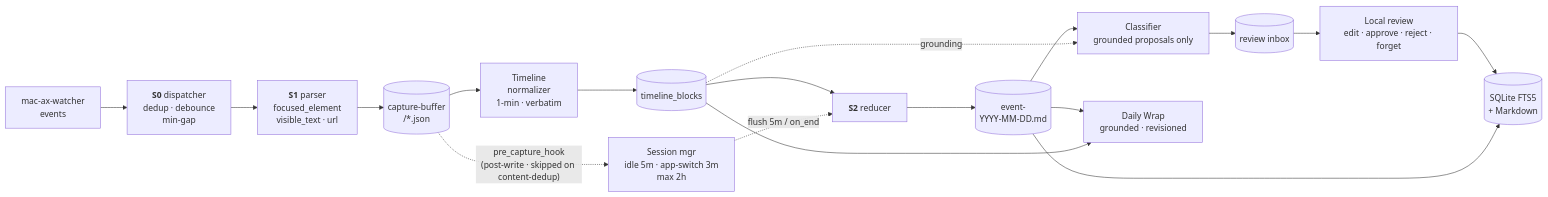
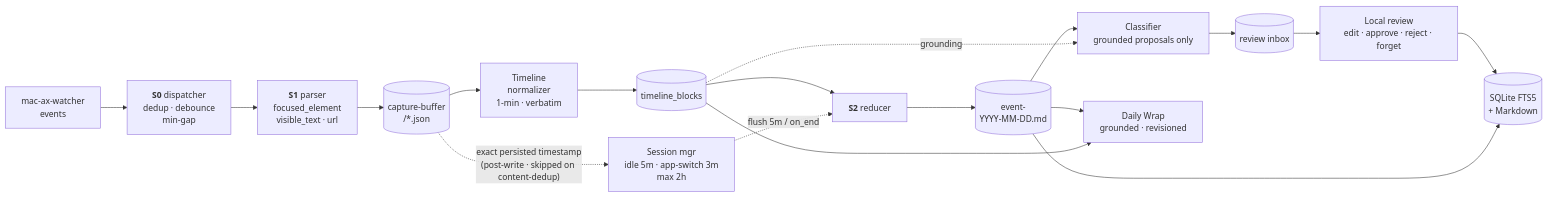
The diagram in README.md (chimeraHHH/OpenChronicle), drawn with Mermaid before and after one commit. The commit also changed other lines of this file and 58 other files, not shown here.

````diff
--- a/README.md
+++ b/README.md
@@ -128,25 +128,25 @@
 ```mermaid
 flowchart LR
     W[mac-ax-watcher<br/>events]
     S0["<b>S0</b> dispatcher<br/>dedup · debounce<br/>min-gap"]
     S1["<b>S1</b> parser<br/>focused_element<br/>visible_text · url"]
     BUF[(capture-buffer<br/>/*.json)]
     TL["Timeline<br/>normalizer<br/>1-min · verbatim"]
     TB[(timeline_blocks)]
     SM["Session mgr<br/>idle 5m · app-switch 3m<br/>max 2h"]
     S2["<b>S2</b> reducer"]
     ED[(event-<br/>YYYY-MM-DD.md)]
     CLF["Classifier<br/>grounded proposals only"]
     CAND[(review inbox)]
     REVIEW["Local review<br/>edit · approve · reject · forget"]
     WRAP["Daily Wrap<br/>grounded · revisioned"]
     STORE[("SQLite FTS5<br/>+ Markdown")]
 
     W --> S0 --> S1 --> BUF --> TL --> TB --> S2 --> ED --> CLF --> CAND --> REVIEW --> STORE
     ED --> STORE
     ED --> WRAP
     TB --> WRAP
-    BUF -. pre_capture_hook<br/>(post-write · skipped on content-dedup) .-> SM
+    BUF -. exact persisted timestamp<br/>(post-write · skipped on content-dedup) .-> SM
     SM -. flush 5m / on_end .-> S2
     TB -. grounding .-> CLF
 ```
````
